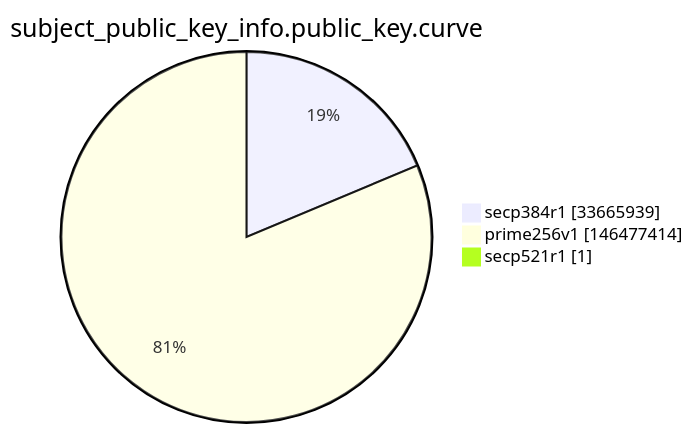
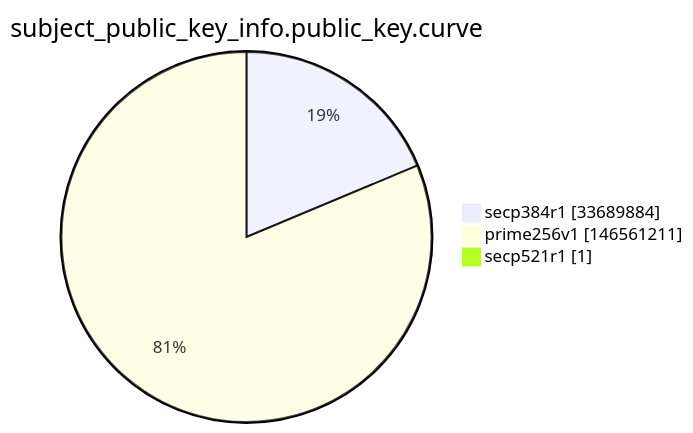
Before and after one commit to christiankrug/ctmonitor_visualization: the ninth of 15 diagrams in argon2022/README.md, drawn with Mermaid. The commit also changed other lines of this file, not shown here.

````diff
--- a/argon2022/README.md
+++ b/argon2022/README.md
@@ -2764,7 +2764,7 @@
 ```mermaid
 pie showData
 title subject_public_key_info.public_key.curve
-"secp384r1" :33665939
-"prime256v1" :146477414
+"secp384r1" :33689884
+"prime256v1" :146561211
 "secp521r1" :1
 ```
````
